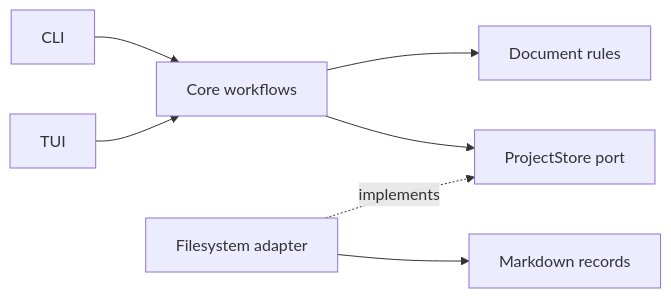
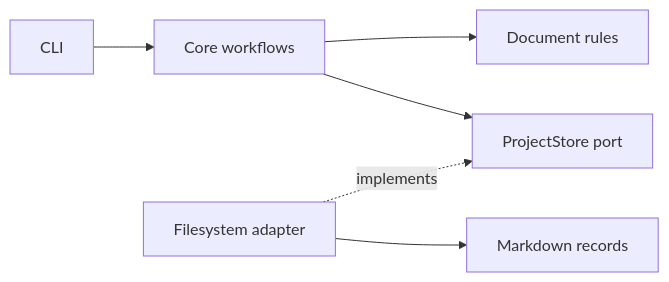
Before and after one commit to adbayb/makespec: the diagram in README.md, drawn with Mermaid. The commit also changed other lines of this file and 13 other files, not shown here.

````diff
--- a/README.md
+++ b/README.md
@@ -148,9 +131,8 @@
 ```mermaid
 flowchart LR
     CLI["CLI"] --> Workflows["Core workflows"]
-    TUI["TUI"] --> Workflows
     Workflows --> Rules["Document rules"]
     Workflows --> Port["ProjectStore port"]
     Filesystem["Filesystem adapter"] -. implements .-> Port
     Filesystem --> Records["Markdown records"]
 ```
````
